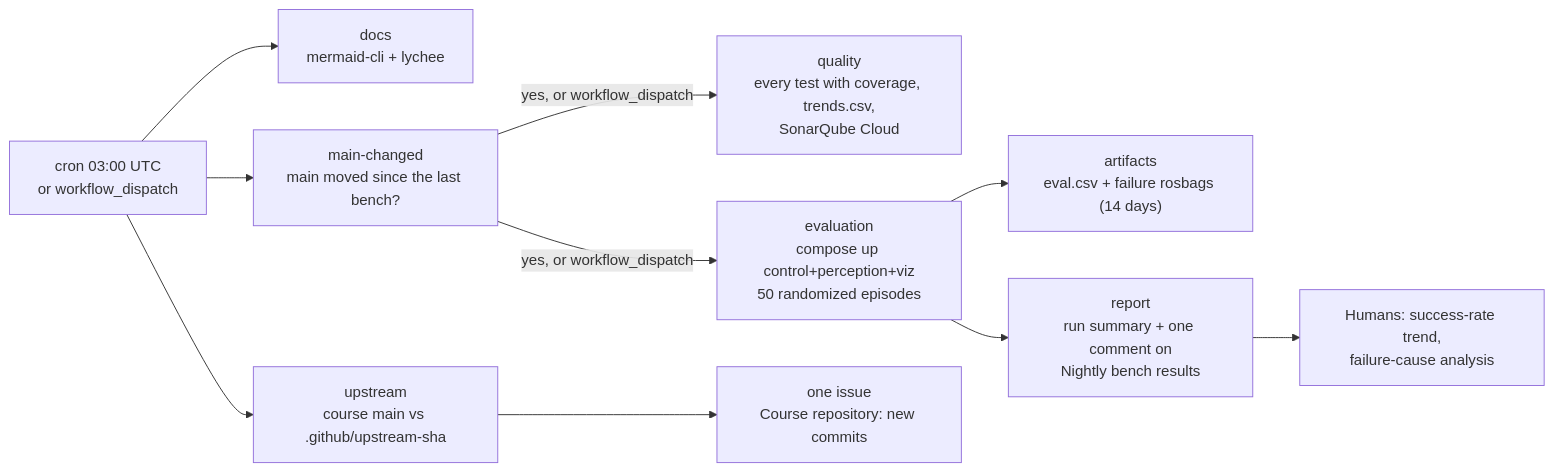
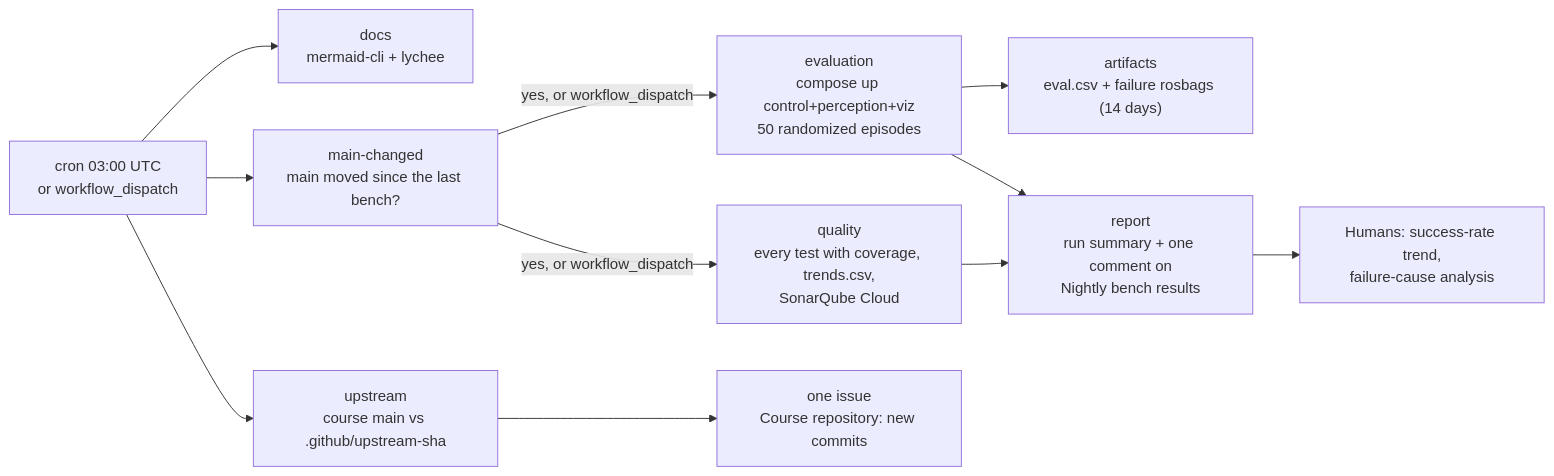
One commit to FoxaxeWasTaken/Robotics changed the third of 4 diagrams in docs/project/14_quality_pipeline_ci.md. Above: the diagram before and after it, drawn with Mermaid. The commit also changed other lines of this file and 8 other files, not shown here.

````diff
--- a/docs/project/14_quality_pipeline_ci.md
+++ b/docs/project/14_quality_pipeline_ci.md
@@ -181,12 +181,13 @@
 ```mermaid
 flowchart LR
   S["cron 03:00 UTC<br/>or workflow_dispatch"] --> D["docs<br/>mermaid-cli + lychee"]
   S --> MC["main-changed<br/>main moved since the last bench?"]
   MC -->|"yes, or workflow_dispatch"| Q["quality<br/>every test with coverage, trends.csv,<br/>SonarQube Cloud"]
   MC -->|"yes, or workflow_dispatch"| V["evaluation<br/>compose up control+perception+viz<br/>50 randomized episodes"]
   V --> R["artifacts<br/>eval.csv + failure rosbags (14 days)"]
   V --> B["report<br/>run summary + one comment on<br/>Nightly bench results"]
+  Q --> B
   B --> H["Humans: success-rate trend,<br/>failure-cause analysis"]
   S --> W["upstream<br/>course main vs .github/upstream-sha"]
   W --> I["one issue<br/>Course repository: new commits"]
 ```
````
